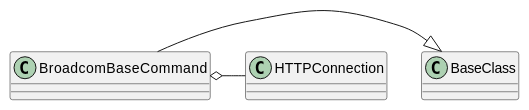
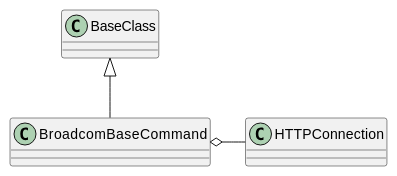
The second of 6 diagrams in apcommand/accesspoints/broadcom/commands.rst (russell-n/apcommand), drawn with PlantUML before and after one commit. The commit also changed other lines of this file and 74 other files, not shown here.

```diff
--- a/apcommand/accesspoints/broadcom/commands.rst
+++ b/apcommand/accesspoints/broadcom/commands.rst
@@ -86,4 +86,4 @@
 .. uml::
 
-   BroadcomBaseCommand -|> BaseClass
+   BaseClass <|-- BroadcomBaseCommand
    BroadcomBaseCommand o- HTTPConnection
```
